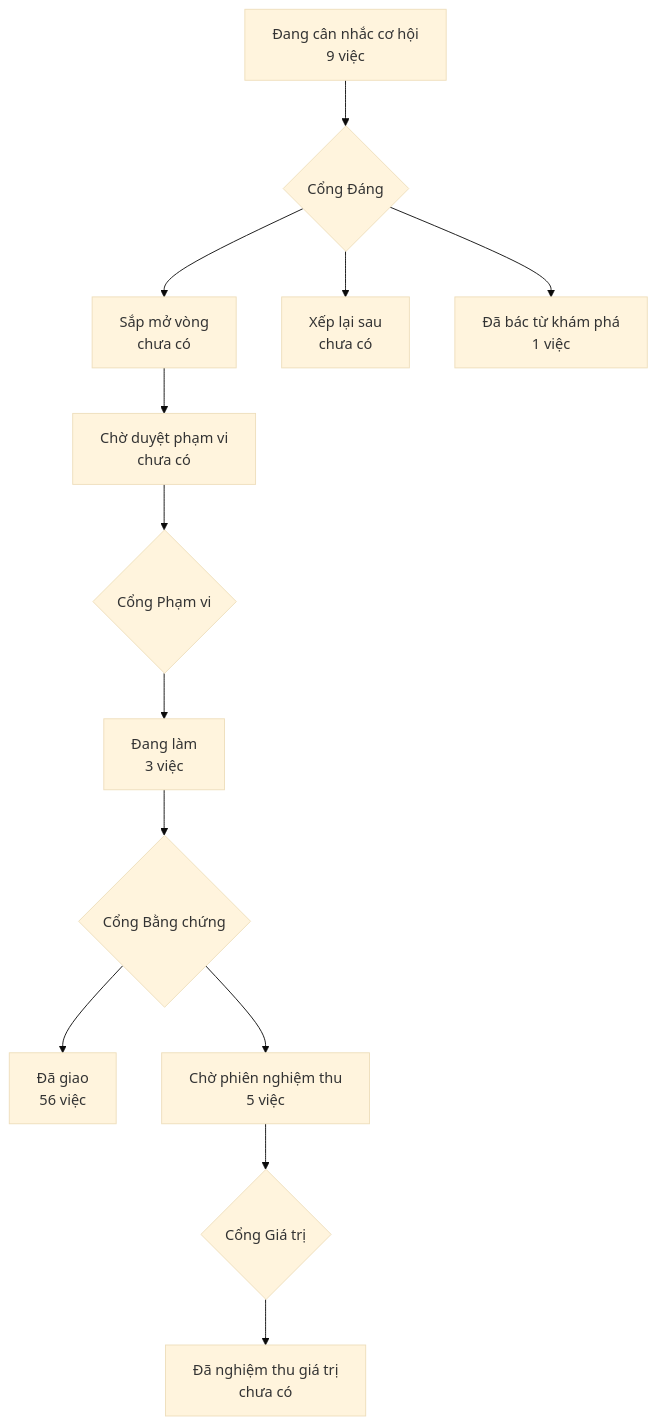
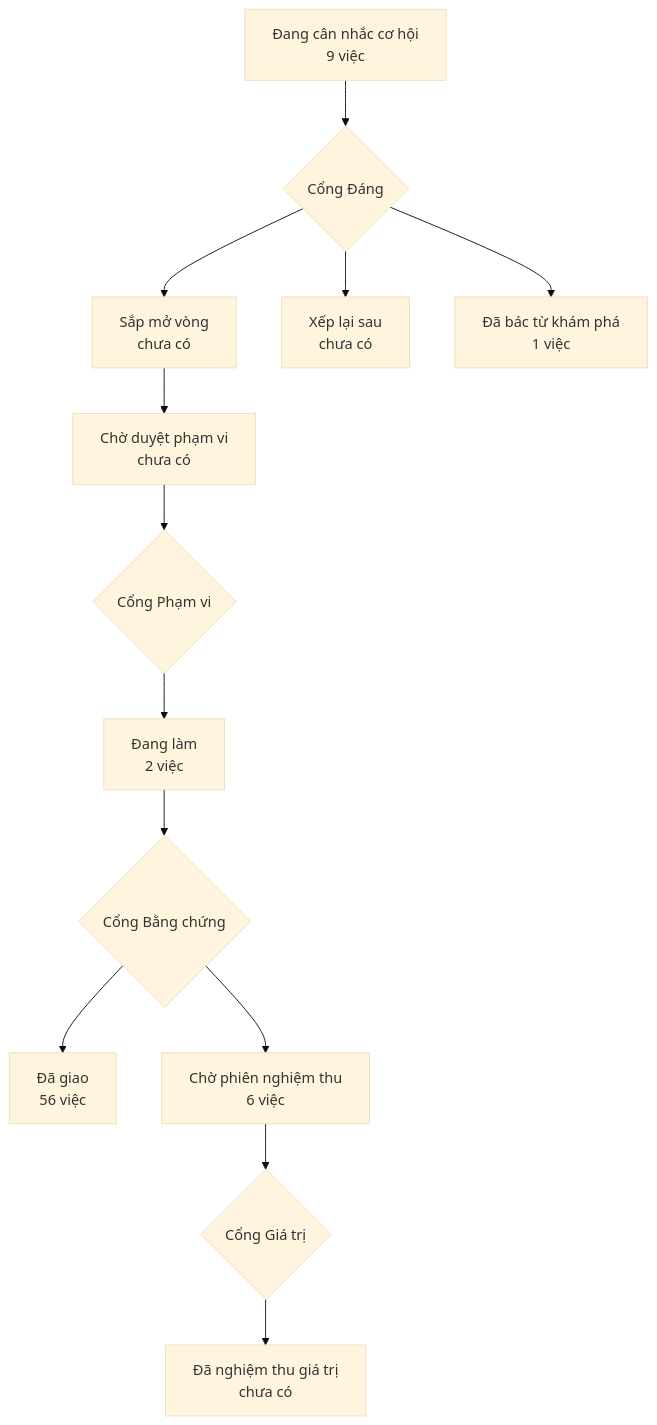
One commit to phanlemanh/acceptance-gate-kit changed the diagram in PRODUCT-MAP.md. Above: the diagram before and after it, drawn with Mermaid (base theme). The commit also changed 3 other files, not shown here.

First line of the commit message:
gate2(design-pass-nac): KÝ Cổng Bằng chứng — Manh Phan 2026-08-26

````diff
--- a/PRODUCT-MAP.md
+++ b/PRODUCT-MAP.md
@@ -6,12 +6,12 @@
 ```mermaid
 flowchart TD
   A["Đang cân nhắc cơ hội<br/>9 việc"] --> GD{"Cổng Đáng"}
   GD --> B["Sắp mở vòng<br/>chưa có"]
   GD --> XL["Xếp lại sau<br/>chưa có"]
   GD --> DB["Đã bác từ khám phá<br/>1 việc"]
   B --> CD["Chờ duyệt phạm vi<br/>chưa có"] --> GP{"Cổng Phạm vi"}
-  GP --> DL["Đang làm<br/>3 việc"] --> GB{"Cổng Bằng chứng"}
+  GP --> DL["Đang làm<br/>2 việc"] --> GB{"Cổng Bằng chứng"}
   GB --> DG["Đã giao<br/>56 việc"]
-  GB --> CN["Chờ phiên nghiệm thu<br/>5 việc"] --> GG{"Cổng Giá trị"}
+  GB --> CN["Chờ phiên nghiệm thu<br/>6 việc"] --> GG{"Cổng Giá trị"}
   GG --> NT["Đã nghiệm thu giá trị<br/>chưa có"]
 ```
````
